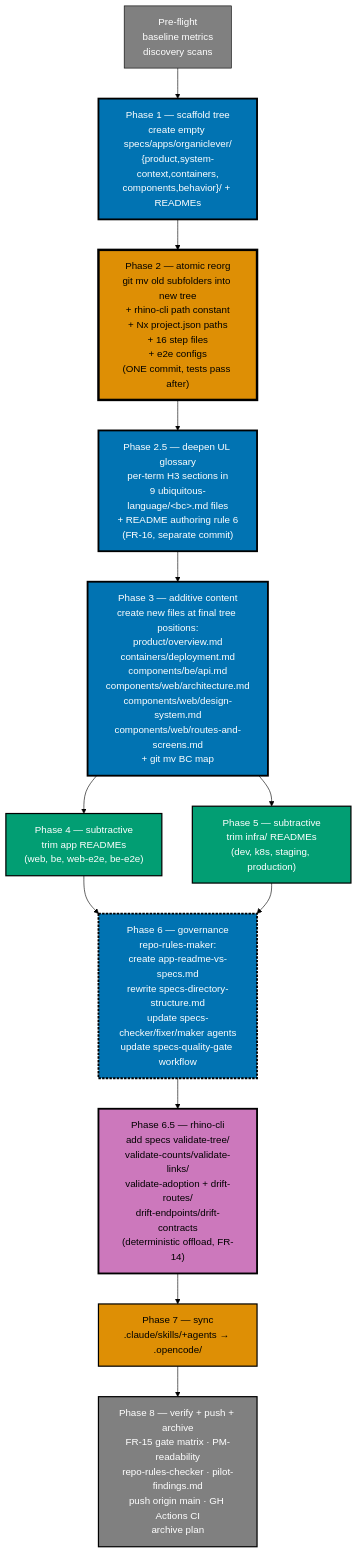
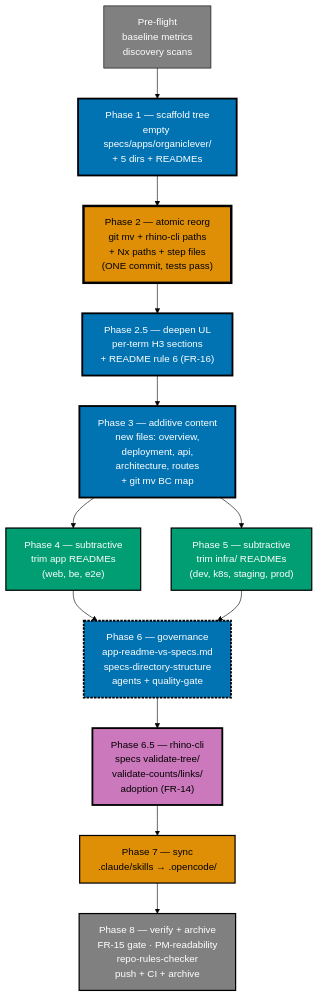
One commit to wahidyankf/open-sharia-enterprise changed the diagram in plans/done/2026-05-09__organiclever-specs-standardization/delivery.md. Above: the diagram before and after it, drawn with Mermaid (forest theme). The commit also changed 17 other files, not shown here.

First line of the commit message:
fix(mermaid): fix pre-existing diagram violations exposed by changed-only gate

````diff
--- a/plans/done/2026-05-09__organiclever-specs-standardization/delivery.md
+++ b/plans/done/2026-05-09__organiclever-specs-standardization/delivery.md
@@ -25,36 +25,36 @@
 ```mermaid
 %% Color palette: Blue #0173B2 | Teal #029E73 | Orange #DE8F05 | Gray #808080
 flowchart TD
     Pre["Pre-flight<br/>baseline metrics<br/>discovery scans"]:::pre
-    P1["Phase 1 — scaffold tree<br/>create empty specs/apps/organiclever/<br/>{product,system-context,containers,<br/>components,behavior}/ + READMEs"]:::add
-    P2["Phase 2 — atomic reorg<br/>git mv old subfolders into new tree<br/>+ rhino-cli path constant<br/>+ Nx project.json paths<br/>+ 16 step files<br/>+ e2e configs<br/>(ONE commit, tests pass after)"]:::big
-    P25["Phase 2.5 — deepen UL glossary<br/>per-term H3 sections in<br/>9 ubiquitous-language/&lt;bc&gt;.md files<br/>+ README authoring rule 6<br/>(FR-16, separate commit)"]:::add
-    P3["Phase 3 — additive content<br/>create new files at final tree positions:<br/>product/overview.md<br/>containers/deployment.md<br/>components/be/api.md<br/>components/web/architecture.md<br/>components/web/design-system.md<br/>components/web/routes-and-screens.md<br/>+ git mv BC map"]:::add
-    P4["Phase 4 — subtractive<br/>trim app READMEs<br/>(web, be, web-e2e, be-e2e)"]:::sub
-    P5["Phase 5 — subtractive<br/>trim infra/ READMEs<br/>(dev, k8s, staging, production)"]:::sub
-    P6["Phase 6 — governance<br/>repo-rules-maker:<br/>create app-readme-vs-specs.md<br/>rewrite specs-directory-structure.md<br/>update specs-checker/fixer/maker agents<br/>update specs-quality-gate workflow"]:::gov
-    P65["Phase 6.5 — rhino-cli<br/>add specs validate-tree/<br/>validate-counts/validate-links/<br/>validate-adoption + drift-routes/<br/>drift-endpoints/drift-contracts<br/>(deterministic offload, FR-14)"]:::rhinocli
-    P7["Phase 7 — sync<br/>.claude/skills/+agents → .opencode/"]:::sync
-    P8["Phase 8 — verify + push + archive<br/>FR-15 gate matrix · PM-readability<br/>repo-rules-checker · pilot-findings.md<br/>push origin main · GH Actions CI<br/>archive plan"]:::verify
+    P1["Phase 1 — scaffold tree<br/>empty specs/apps/organiclever/<br/>+ 5 dirs + READMEs"]:::add
+    P2["Phase 2 — atomic reorg<br/>git mv + rhino-cli paths<br/>+ Nx paths + step files<br/>(ONE commit, tests pass)"]:::big
+    P25["Phase 2.5 — deepen UL<br/>per-term H3 sections<br/>+ README rule 6 (FR-16)"]:::add
+    P3["Phase 3 — additive content<br/>new files: overview,<br/>deployment, api,<br/>architecture, routes<br/>+ git mv BC map"]:::add
+    P4["Phase 4 — subtractive<br/>trim app READMEs<br/>(web, be, e2e)"]:::sub
+    P5["Phase 5 — subtractive<br/>trim infra/ READMEs<br/>(dev, k8s, staging, prod)"]:::sub
+    P6["Phase 6 — governance<br/>app-readme-vs-specs.md<br/>specs-directory-structure<br/>agents + quality-gate"]:::gov
+    P65["Phase 6.5 — rhino-cli<br/>specs validate-tree/<br/>validate-counts/links/<br/>adoption (FR-14)"]:::rhinocli
+    P7["Phase 7 — sync<br/>.claude/skills → .opencode/"]:::sync
+    P8["Phase 8 — verify + archive<br/>FR-15 gate · PM-readability<br/>repo-rules-checker<br/>push + CI + archive"]:::verify
 
     Pre --> P1
     P1 --> P2
     P2 --> P25
     P25 --> P3
     P3 --> P4
     P3 --> P5
     P4 --> P6
     P5 --> P6
     P6 --> P65
     P65 --> P7
     P7 --> P8
 
     classDef pre fill:#808080,stroke:#000,color:#FFF
     classDef add fill:#0173B2,stroke:#000,color:#FFF,stroke-width:3px
     classDef big fill:#DE8F05,stroke:#000,color:#000,stroke-width:4px
     classDef sub fill:#029E73,stroke:#000,color:#FFF,stroke-width:2px
     classDef gov fill:#0173B2,stroke:#000,color:#FFF,stroke-width:3px,stroke-dasharray:4 2
     classDef rhinocli fill:#CC78BC,stroke:#000,color:#000,stroke-width:3px
     classDef sync fill:#DE8F05,stroke:#000,color:#000,stroke-width:2px
     classDef verify fill:#808080,stroke:#000,color:#FFF,stroke-width:2px
 ```
````
